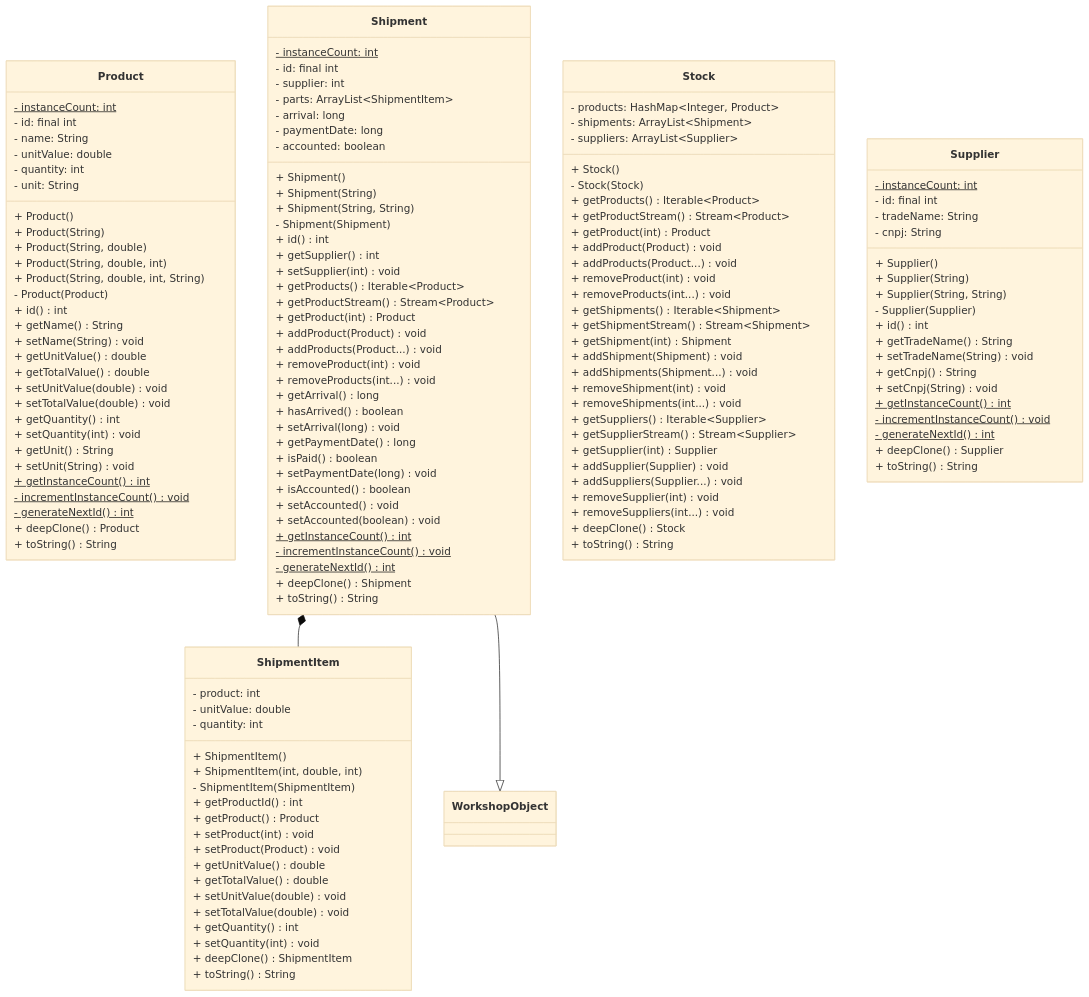
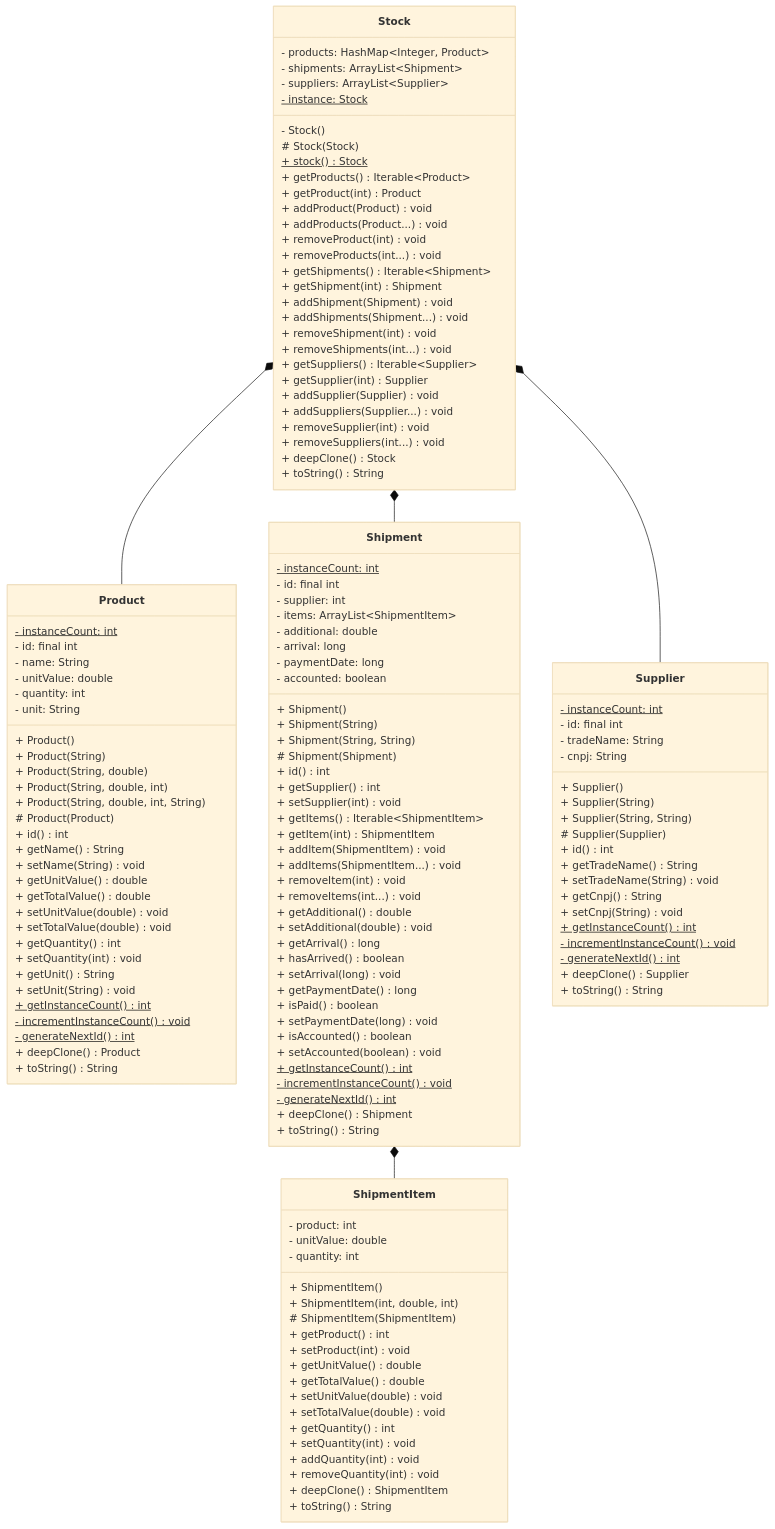
Before and after one commit to alan-b-lima/Workshop: the second of 2 diagrams in README.md, drawn with Mermaid (base theme). The commit also changed other lines of this file and 8 other files, not shown here.

```diff
--- a/README.md
+++ b/README.md
@@ -100,7 +343,7 @@
         + Product(String, double)
         + Product(String, double, int)
         + Product(String, double, int, String)
-        - Product(Product)
+        # Product(Product)
 
         + id() int
         + getName() String
@@ -129,31 +372,31 @@
 
         + ShipmentItem()
         + ShipmentItem(int, double, int)
-        - ShipmentItem(ShipmentItem)
+        # ShipmentItem(ShipmentItem)
 
-        + getProductId() int
-        + getProduct() Product
+        + getProduct() int
         + setProduct(int) void
-        + setProduct(Product) void
         + getUnitValue() double
         + getTotalValue() double
         + setUnitValue(double) void
         + setTotalValue(double) void
         + getQuantity() int
         + setQuantity(int) void
+        + addQuantity(int) void
+        + removeQuantity(int) void
 
         + deepClone() ShipmentItem
         + toString() String
     }
 
     Shipment *-- ShipmentItem
-    Shipment --|> WorkshopObject
     class Shipment {
         - instanceCount: int $
         
         - id: final int
         - supplier: int
-        - parts: ArrayList~ShipmentItem~
+        - items: ArrayList~ShipmentItem~
+        - additional: double
         - arrival: long
         - paymentDate: long
         - accounted: boolean
@@ -161,18 +404,19 @@
         + Shipment()
         + Shipment(String)
         + Shipment(String, String)
-        - Shipment(Shipment)
+        # Shipment(Shipment)
 
         + id() int
         + getSupplier() int
         + setSupplier(int) void
-        + getProducts() Iterable~Product~
-        + getProductStream() Stream~Product~
-        + getProduct(int) Product
-        + addProduct(Product) void
-        + addProducts(Product...) void
-        + removeProduct(int) void
-        + removeProducts(int...) void
+        + getItems() Iterable~ShipmentItem~
+        + getItem(int) ShipmentItem
+        + addItem(ShipmentItem) void
+        + addItems(ShipmentItem...) void
+        + removeItem(int) void
+        + removeItems(int...) void
+        + getAdditional() double
+        + setAdditional(double) void
         + getArrival() long
         + hasArrived() boolean
         + setArrival(long) void
@@ -180,7 +424,6 @@
         + isPaid() boolean
         + setPaymentDate(long) void
         + isAccounted() boolean
-        + setAccounted() void
         + setAccounted(boolean) void
 
         + getInstanceCount() int $
@@ -191,30 +434,34 @@
         + toString() String
     }
 
+    Stock *-- Product
+    Stock *-- Shipment
+    Stock *-- Supplier
     class Stock {
         - products: HashMap~Integer, Product~
         - shipments: ArrayList~Shipment~
         - suppliers: ArrayList~Supplier~
 
-        + Stock()
-        - Stock(Stock)
+        - instance: Stock $
+
+        - Stock()
+        # Stock(Stock)
+
+        + stock() Stock $
 
         + getProducts() Iterable~Product~
-        + getProductStream() Stream~Product~
         + getProduct(int) Product
         + addProduct(Product) void
         + addProducts(Product...) void
         + removeProduct(int) void
         + removeProducts(int...) void
         + getShipments() Iterable~Shipment~
-        + getShipmentStream() Stream~Shipment~
         + getShipment(int) Shipment
         + addShipment(Shipment) void
         + addShipments(Shipment...) void
         + removeShipment(int) void
-        + removeShipments(int...) void        
+        + removeShipments(int...) void
         + getSuppliers() Iterable~Supplier~
-        + getSupplierStream() Stream~Supplier~
         + getSupplier(int) Supplier
         + addSupplier(Supplier) void
         + addSuppliers(Supplier...) void
@@ -235,7 +482,7 @@
         + Supplier()
         + Supplier(String)
         + Supplier(String, String)
-        - Supplier(Supplier)
+        # Supplier(Supplier)
 
         + id() int
         + getTradeName() String
```
